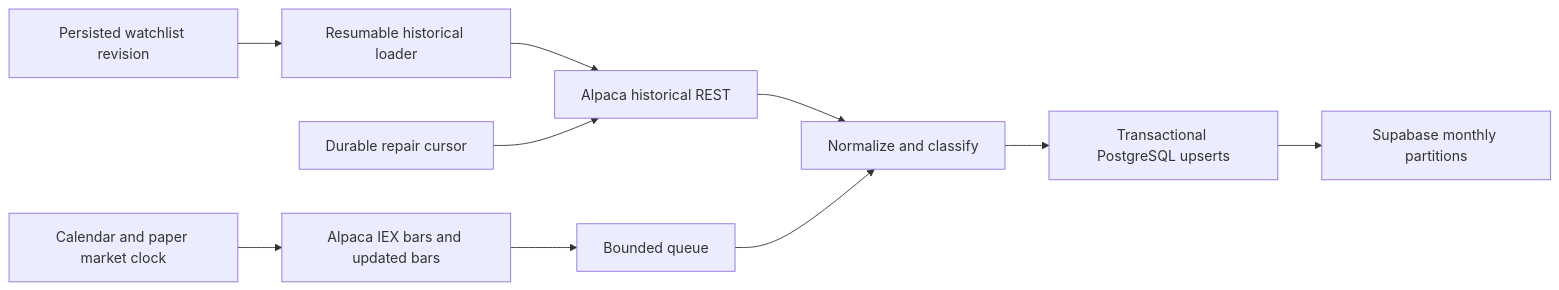
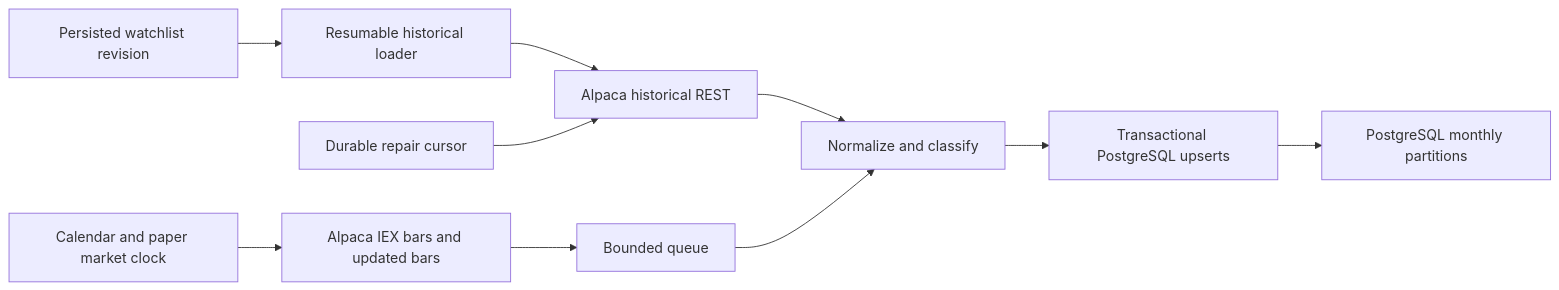
The diagram in docs/architecture.md (parishwolfe/bagel), drawn with Mermaid before and after one commit. The commit also changed 49 other files, not shown here.

````diff
--- a/docs/architecture.md
+++ b/docs/architecture.md
@@ -16,12 +16,12 @@
 ```mermaid
 flowchart LR
   A[Alpaca historical REST] --> N[Normalize and classify]
   B[Alpaca IEX bars and updated bars] --> Q[Bounded queue]
   Q --> N
   N --> P[Transactional PostgreSQL upserts]
-  P --> S[Supabase monthly partitions]
+  P --> S[PostgreSQL monthly partitions]
   W[Persisted watchlist revision] --> H[Resumable historical loader]
   H --> A
   C[Calendar and paper market clock] --> B
   R[Durable repair cursor] --> A
 ```
````
